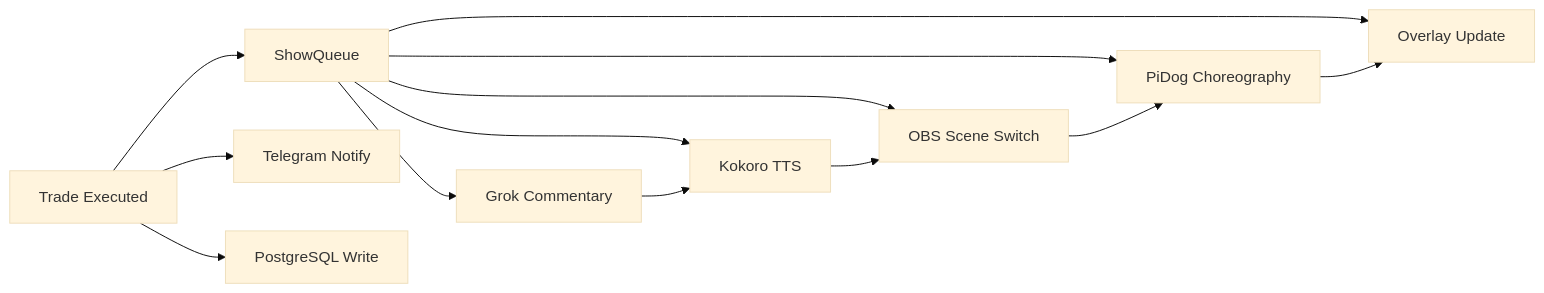
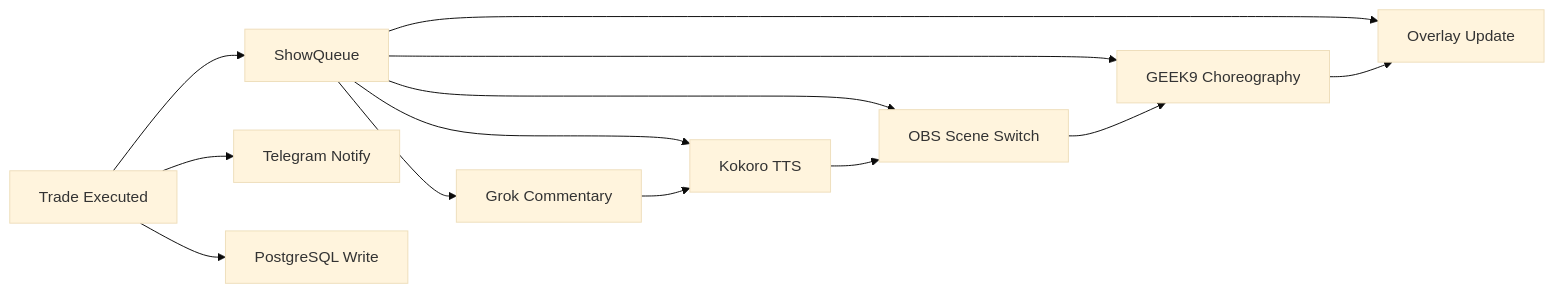
The fourth of 5 diagrams in README.md (Geek9Robot/grok-pidog-project), drawn with Mermaid (base theme) before and after one commit. The commit also changed other lines of this file, not shown here.

````diff
--- a/README.md
+++ b/README.md
@@ -187,17 +187,17 @@
 ```mermaid
 graph LR
     A[Trade Executed] --> B[ShowQueue]
     B --> C[Grok Commentary]
     B --> D[Kokoro TTS]
     B --> E[OBS Scene Switch]
-    B --> F[PiDog Choreography]
+    B --> F[GEEK9 Choreography]
     B --> G[Overlay Update]
 
     A --> H[Telegram Notify]
     A --> I[PostgreSQL Write]
 
     C --> D
     D --> E
     E --> F
     F --> G
 ```
````
